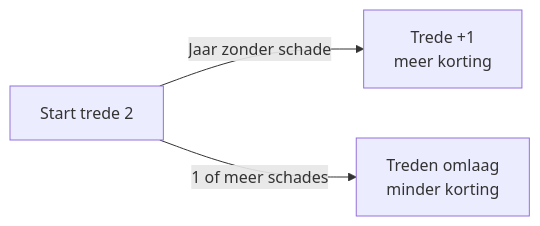
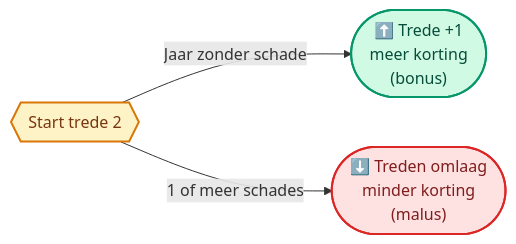
Before and after one commit to ateknol/HAVO-Economie-examen: diagram 19 of 23 in Volledige_Samenvatting_H1_H2.md, drawn with Mermaid. The commit also changed other lines of this file and 3 other files, not shown here.

````diff
--- a/Volledige_Samenvatting_H1_H2.md
+++ b/Volledige_Samenvatting_H1_H2.md
@@ -871,5 +1227,17 @@
 ```mermaid
 flowchart LR
-    S["Start trede 2"] -->|"Jaar zonder schade"| Up["Trede +1<br/>meer korting"]
-    S -->|"1 of meer schades"| Dn["Treden omlaag<br/>minder korting"]
+    S{{"Start trede 2"}}
+    Up(["⬆️ Trede +1<br/>meer korting<br/>(bonus)"])
+    Dn(["⬇️ Treden omlaag<br/>minder korting<br/>(malus)"])
+
+    S -->|"Jaar zonder schade"| Up
+    S -->|"1 of meer schades"| Dn
+
+    classDef start fill:#fef3c7,stroke:#d97706,stroke-width:2px,color:#78350f
+    classDef goed fill:#d1fae5,stroke:#059669,stroke-width:2px,color:#064e3b
+    classDef fout fill:#fee2e2,stroke:#dc2626,stroke-width:2px,color:#7f1d1d
+
+    class S start
+    class Up goed
+    class Dn fout
 ```
````
